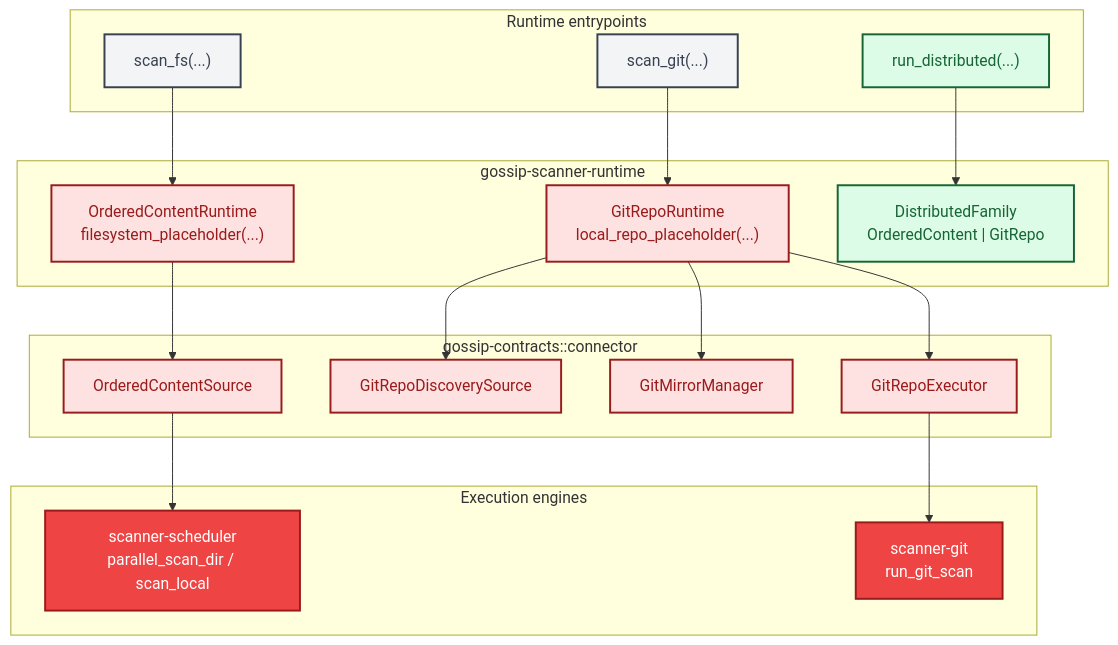
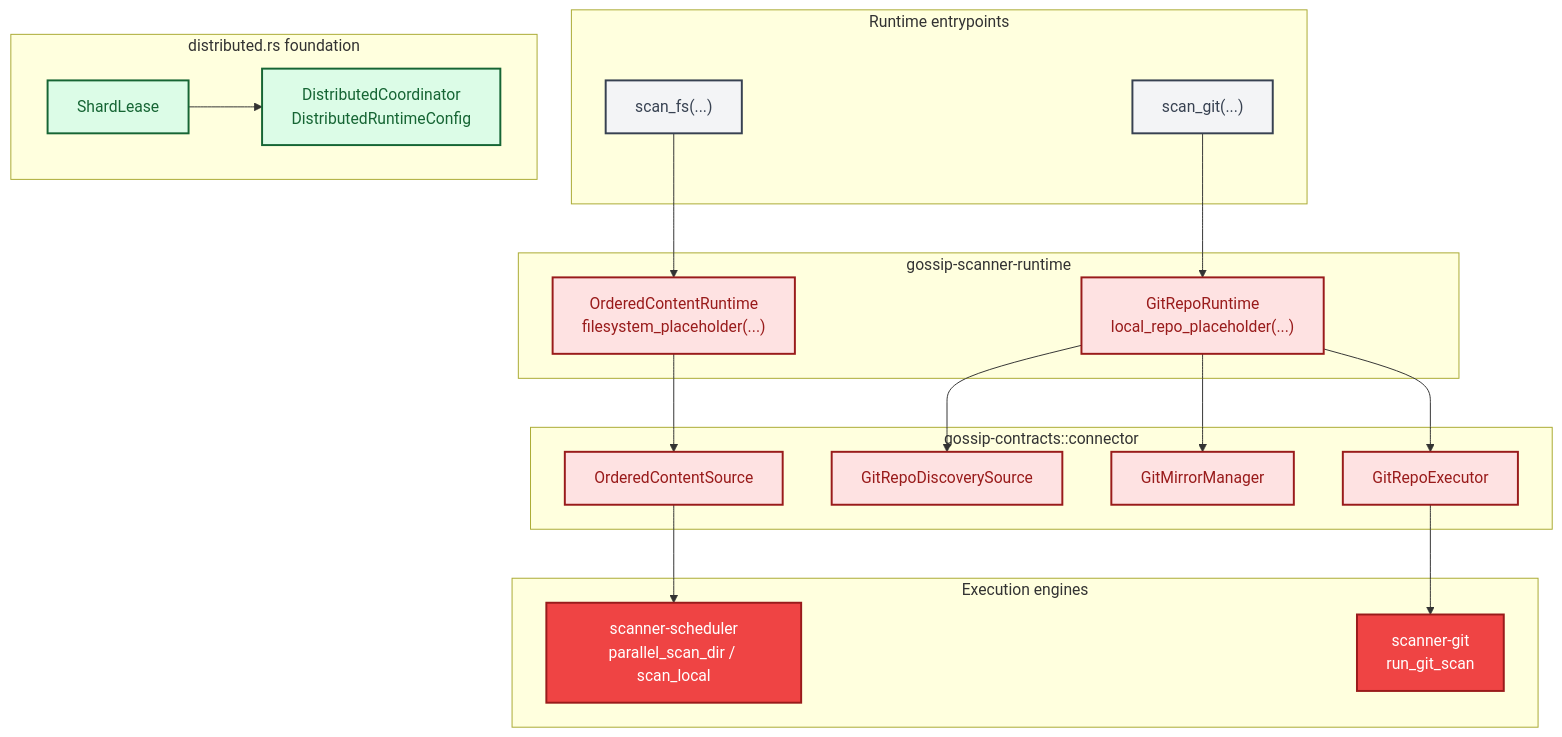
Before and after one commit to ahrav/Gossip-rs: the second of 4 diagrams in diagrams/04-end-to-end-scan-flow.md, drawn with Mermaid. The commit also changed other lines of this file and 5 other files, not shown here.

First line of the commit message:
Refactor distributed runtime module into foundation types

````diff
--- a/diagrams/04-end-to-end-scan-flow.md
+++ b/diagrams/04-end-to-end-scan-flow.md
@@ -77,52 +77,55 @@
 ```mermaid
 %% Diagram: family-runtime-surface
 graph TD
     subgraph EntryPoints["Runtime entrypoints"]
         FS["scan_fs(...)"]
         GIT["scan_git(...)"]
-        DIST["run_distributed(...)"]
     end
 
     subgraph Runtime["gossip-scanner-runtime"]
         OC["OrderedContentRuntime<br/>filesystem_placeholder(...)"]
         GR["GitRepoRuntime<br/>local_repo_placeholder(...)"]
-        DF["DistributedFamily<br/>OrderedContent | GitRepo"]
+    end
+
+    subgraph Distributed["distributed.rs foundation"]
+        DIST["ShardLease<A>"]
+        DF["DistributedCoordinator<A><br/>DistributedRuntimeConfig"]
     end
 
     subgraph Contracts["gossip-contracts::connector"]
         OCS["OrderedContentSource"]
         GDS["GitRepoDiscoverySource"]
         GMM["GitMirrorManager"]
         GRE["GitRepoExecutor"]
     end
 
     subgraph Engines["Execution engines"]
         SCHED["scanner-scheduler<br/>parallel_scan_dir / scan_local"]
         SGIT["scanner-git<br/>run_git_scan"]
     end
 
     FS --> OC
     GIT --> GR
     DIST --> DF
 
     OC --> OCS
     GR --> GDS
     GR --> GMM
     GR --> GRE
 
     OCS --> SCHED
     GRE --> SGIT
 
     style FS fill:#F3F4F6,stroke:#374151,stroke-width:2px,color:#374151
     style GIT fill:#F3F4F6,stroke:#374151,stroke-width:2px,color:#374151
     style DIST fill:#DCFCE7,stroke:#166534,stroke-width:2px,color:#166534
     style OC fill:#FEE2E2,stroke:#991B1B,stroke-width:2px,color:#991B1B
     style GR fill:#FEE2E2,stroke:#991B1B,stroke-width:2px,color:#991B1B
     style DF fill:#DCFCE7,stroke:#166534,stroke-width:2px,color:#166534
     style OCS fill:#FEE2E2,stroke:#991B1B,stroke-width:2px,color:#991B1B
     style GDS fill:#FEE2E2,stroke:#991B1B,stroke-width:2px,color:#991B1B
     style GMM fill:#FEE2E2,stroke:#991B1B,stroke-width:2px,color:#991B1B
     style GRE fill:#FEE2E2,stroke:#991B1B,stroke-width:2px,color:#991B1B
     style SCHED fill:#EF4444,stroke:#991B1B,stroke-width:2px,color:#FFFFFF
     style SGIT fill:#EF4444,stroke:#991B1B,stroke-width:2px,color:#FFFFFF
 ```
````
